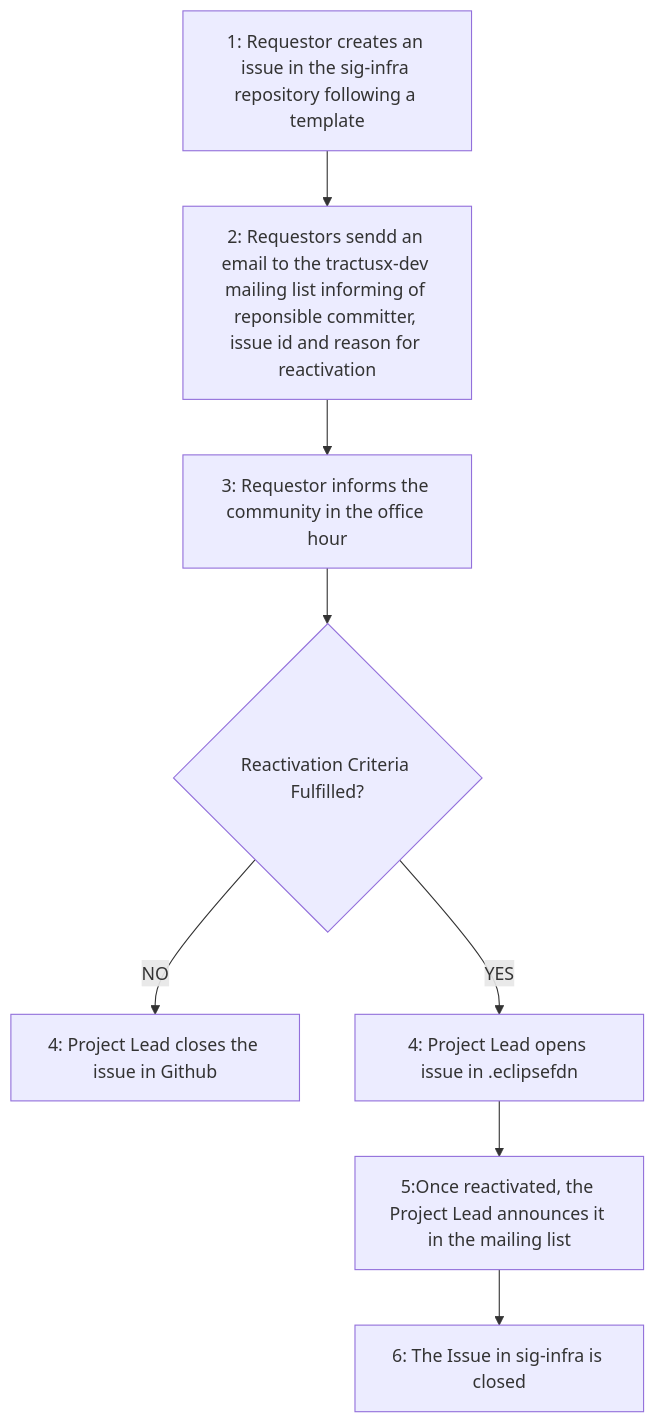
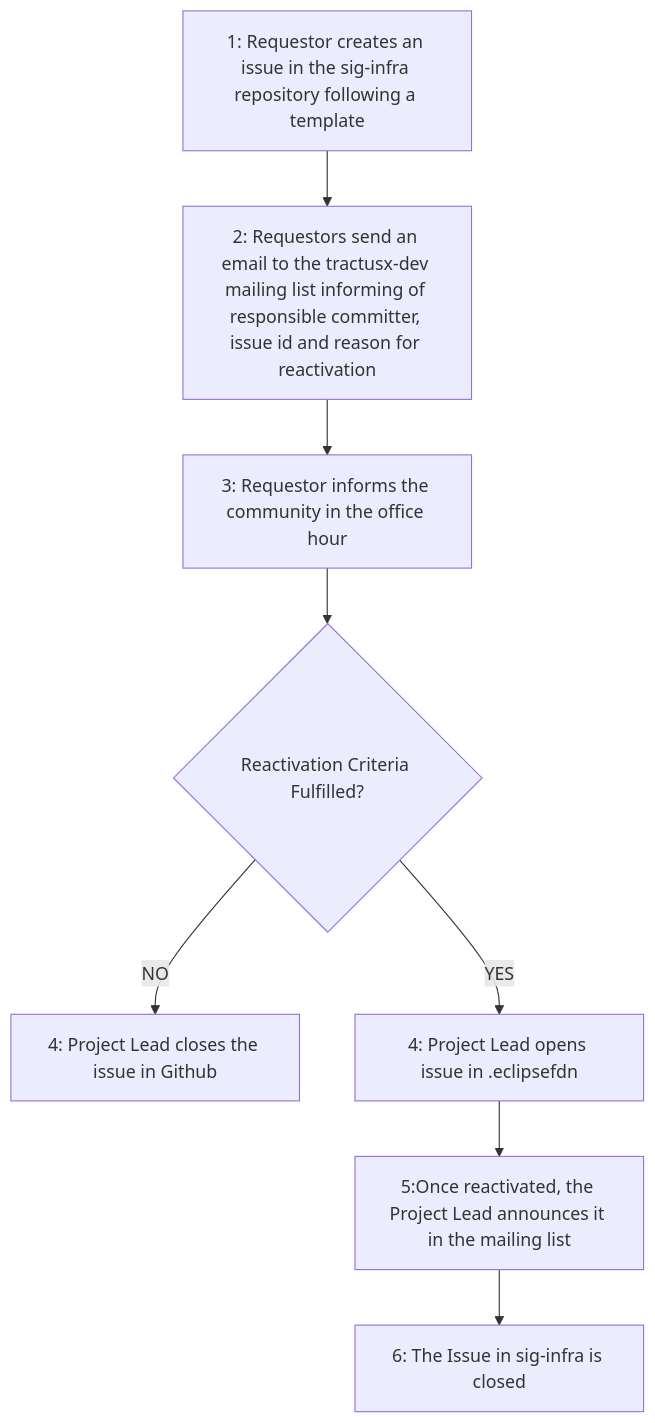
One commit to eclipse-tractusx/eclipse-tractusx.github.io changed the second of 2 diagrams in docs/release/trg-7/trg-7-09.md. Above: the diagram before and after it, drawn with Mermaid. The commit also changed other lines of this file, not shown here.

````diff
--- a/docs/release/trg-7/trg-7-09.md
+++ b/docs/release/trg-7/trg-7-09.md
@@ -100,10 +105,10 @@
 ```mermaid
 flowchart TD
-    A[1: Requestor creates an issue in the sig-infra repository following a template] --> B[2: Requestors sendd an email to the tractusx-dev mailing list informing of reponsible committer, issue id and reason for reactivation]
+    A[1: Requestor creates an issue in the sig-infra repository following a template] --> B[2: Requestors send an email to the tractusx-dev mailing list informing of responsible committer, issue id and reason for reactivation]
     B --> C[3: Requestor informs the community in the office hour] 
     C --> D{Reactivation Criteria Fulfilled?}
     D --> |NO| E[4: Project Lead closes the issue in Github]
     D --> |YES| F[4: Project Lead opens issue in .eclipsefdn]
     F --> G[5:Once reactivated, the Project Lead announces it in the mailing list]
     G --> H[6: The Issue in sig-infra is closed]
 ```
````
